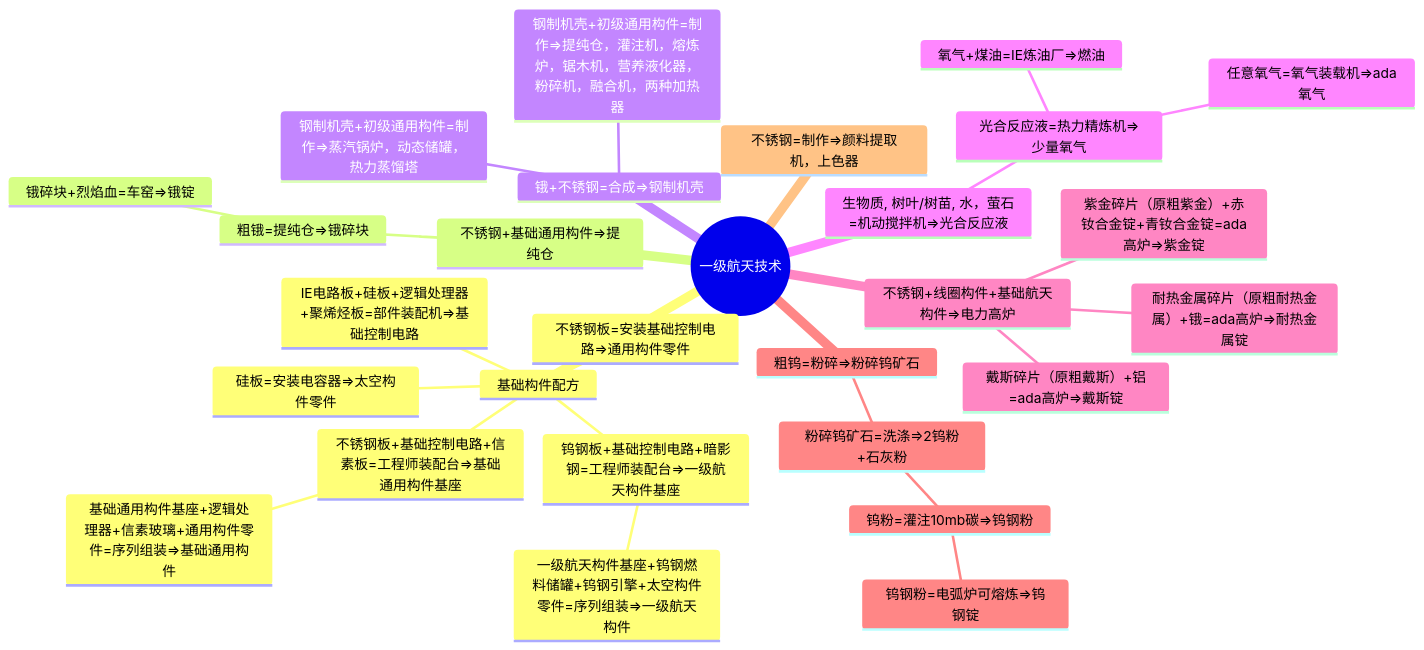
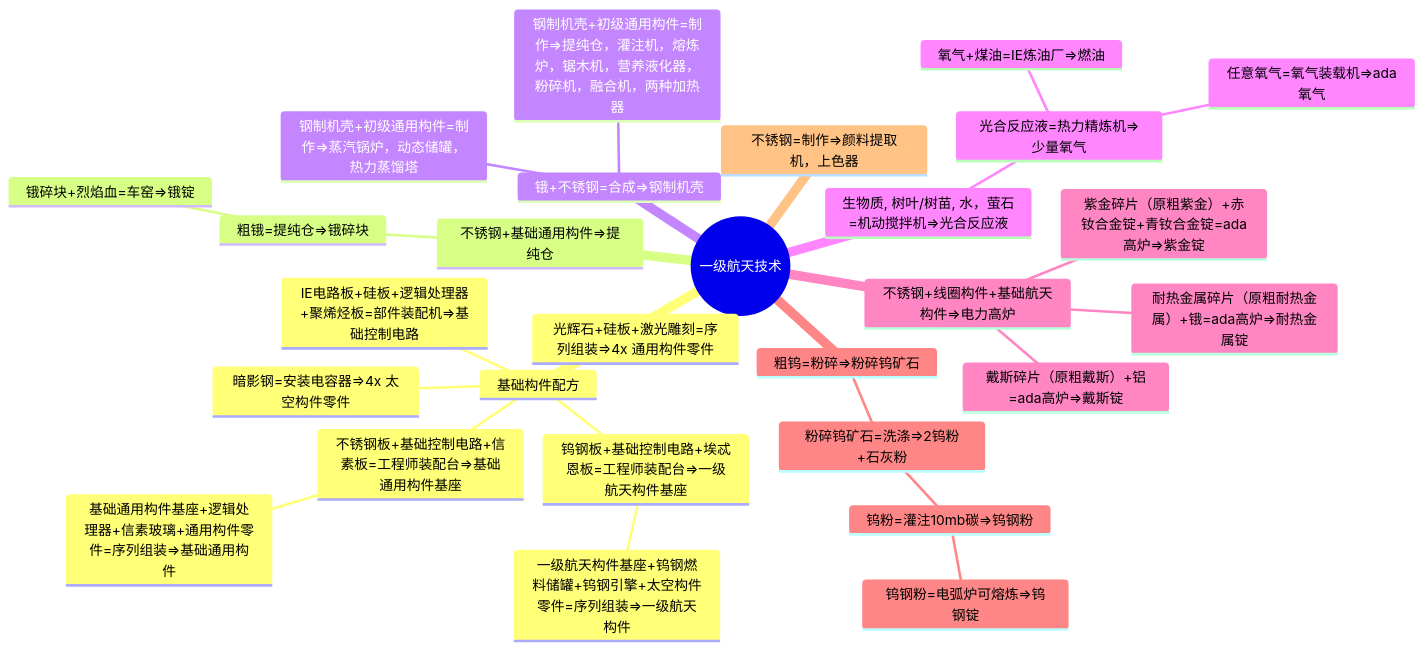
Before and after one commit to VechniMetel/CodeNameCIM2: the first of 4 diagrams in Developer/TechTreeMap.md, drawn with Mermaid.

````diff
--- a/Developer/TechTreeMap.md
+++ b/Developer/TechTreeMap.md
@@ -2,31 +2,31 @@
 ``` mermaid
 mindmap
     root((一级航天技术))
         基础构件配方
             IE电路板+硅板+逻辑处理器+聚烯烃板=部件装配机=>基础控制电路
-            不锈钢板=安装基础控制电路=>通用构件零件
-            硅板=安装电容器=>太空构件零件
-            钨钢板+基础控制电路+暗影钢=工程师装配台=>一级航天构件基座
+            光辉石+硅板+激光雕刻=序列组装=>4x 通用构件零件
+            暗影钢=安装电容器=>4x 太空构件零件
+            钨钢板+基础控制电路+埃忒恩板=工程师装配台=>一级航天构件基座
                 一级航天构件基座+钨钢燃料储罐+钨钢引擎+太空构件零件=序列组装=>一级航天构件
             不锈钢板+基础控制电路+信素板=工程师装配台=>基础通用构件基座
                 基础通用构件基座+逻辑处理器+信素玻璃+通用构件零件=序列组装=>基础通用构件
         不锈钢+基础通用构件=>提纯仓
             粗锇=提纯仓=>锇碎块
                 锇碎块+烈焰血=车窑=>锇锭
         锇+不锈钢=合成=>钢制机壳
             钢制机壳+初级通用构件=制作=>提纯仓，灌注机，熔炼炉，锯木机，营养液化器，粉碎机，融合机，两种加热器
             钢制机壳+初级通用构件=制作=>蒸汽锅炉，动态储罐，热力蒸馏塔
         生物质, 树叶/树苗, 水，萤石=机动搅拌机=>光合反应液
             光合反应液=热力精炼机=>少量氧气
                 氧气+煤油=IE炼油厂=>燃油
                 任意氧气=氧气装载机=>ada氧气
         不锈钢+线圈构件+基础航天构件=>电力高炉
             戴斯碎片（原粗戴斯）+铝=ada高炉=>戴斯锭
             紫金碎片（原粗紫金）+赤钕合金锭+青钕合金锭=ada高炉=>紫金锭
             耐热金属碎片（原粗耐热金属）+锇=ada高炉=>耐热金属锭
         粗钨=粉碎=>粉碎钨矿石
             粉碎钨矿石=洗涤=>2钨粉+石灰粉
                 钨粉=灌注10mb碳=>钨钢粉
                     钨钢粉=电弧炉可熔炼=>钨钢锭
         不锈钢=制作=>颜料提取机，上色器
 ```
````
